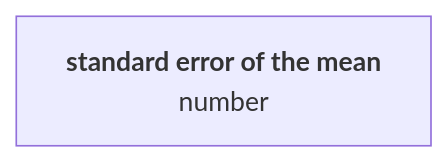
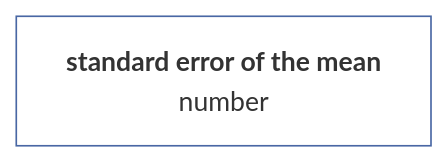
Before and after one commit to muzikp/retusa: diagram 16 of 23 in docs/en-GB/vector.md, drawn with Mermaid. The commit also changed other lines of this file and 17 other files, not shown here.

````diff
--- a/docs/en-GB/vector.md
+++ b/docs/en-GB/vector.md
@@ -464,4 +525,7 @@
 ```mermaid
 graph TD
-A[<b>standard error of the mean<br></b>number]
+sem[<b>standard error of the mean<br></b>number]
+style sem fill:#FFFFFF;
+style sem stroke:#4967A4;
+
 ```
````
